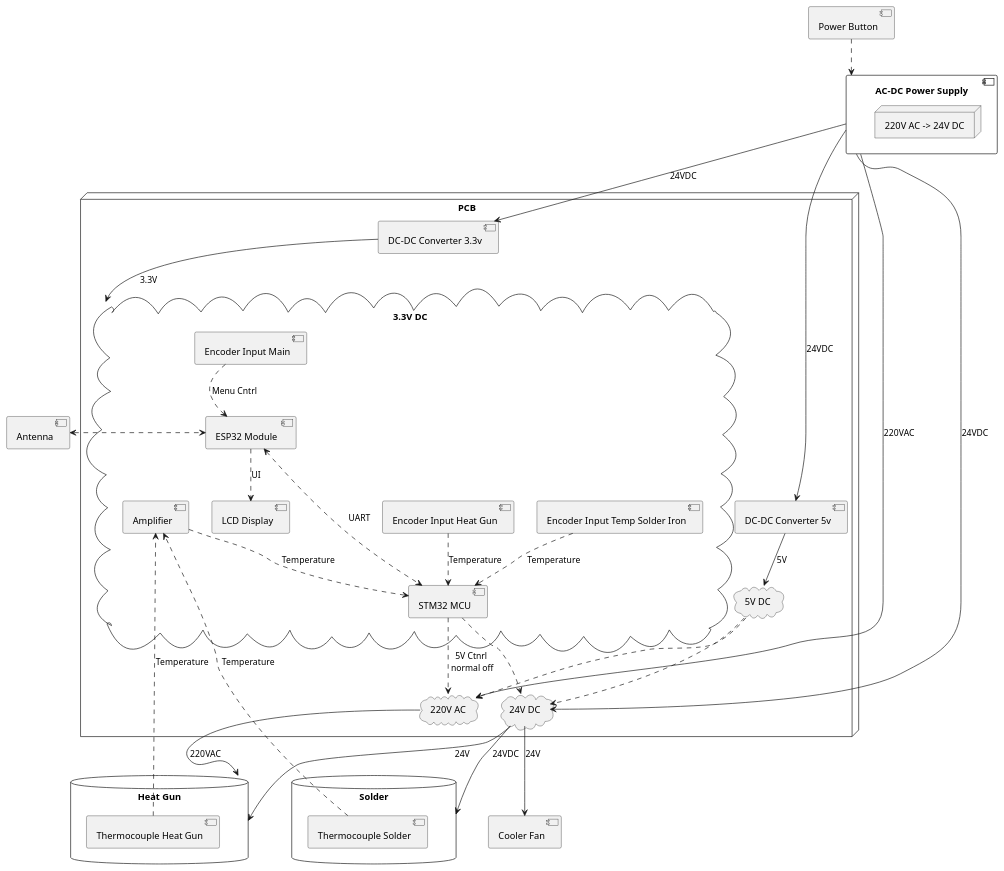
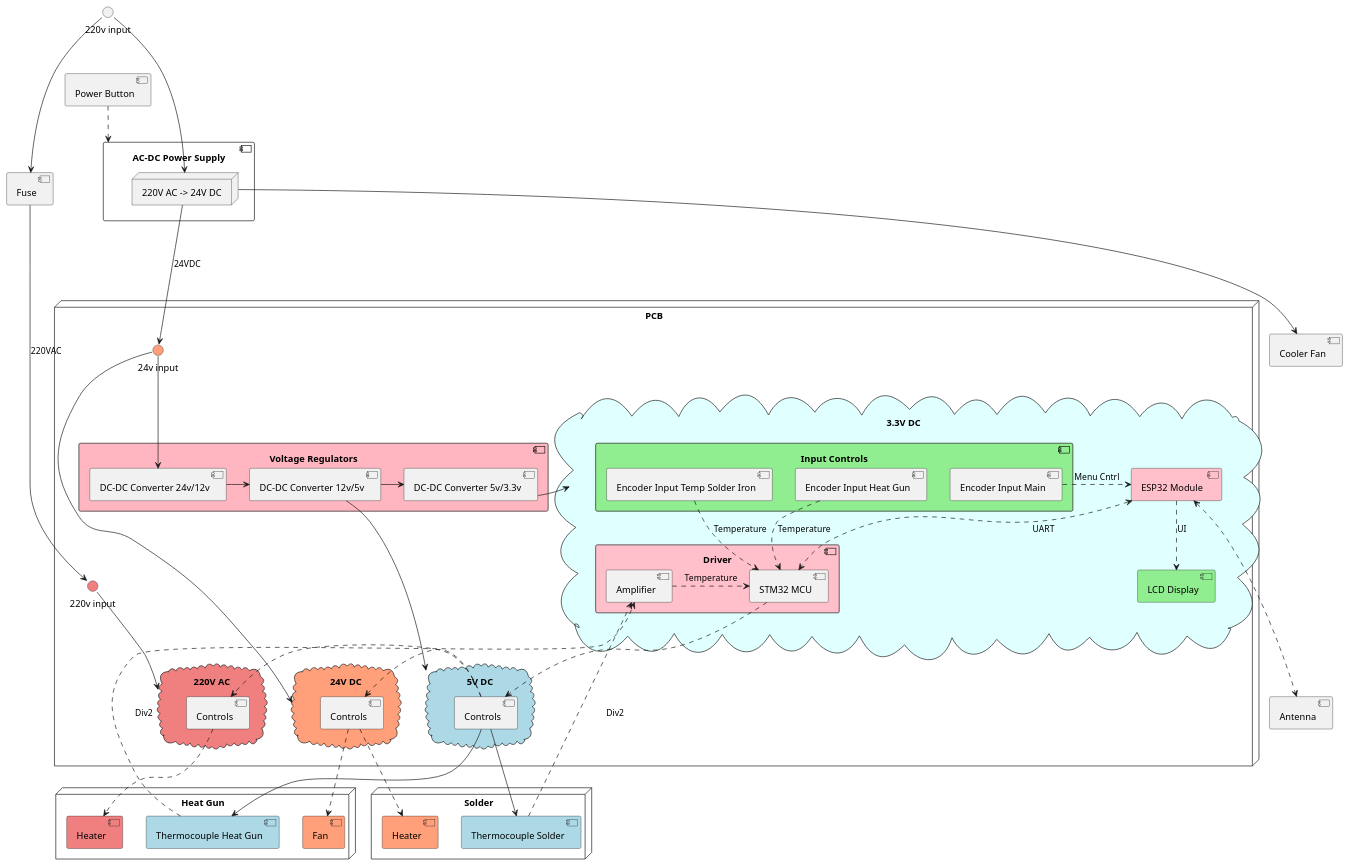
The diagram in doc/device_structure.puml (keyfour/Phixilab-Soldering-Station), drawn with PlantUML before and after one commit. The commit also changed 2 other files, not shown here.

```diff
--- a/doc/device_structure.puml
+++ b/doc/device_structure.puml
@@ -1,69 +1,110 @@
 @startuml
 
 component "AC-DC Power Supply" as power {
-    node "220V AC -> 24V DC"
+    node "220V AC -> 24V DC" as powers
 }
+
+component "Fuse" as fuse
+
+interface "220v input" as pinput
+
+pinput ---> powers
+
 component "Cooler Fan" as cooller
 component "Antenna" as antenna
 component "Power Button" as button
 
-database "Solder" as solder {
-    component "Thermocouple Solder" as thcSolder
+node "Solder" as solder {
+    component "Thermocouple Solder" as thcSolder #LightBlue
+    component "Heater" as hSolder #LightSalmon
 }
 
-database "Heat Gun" as gun {
-    component "Thermocouple Heat Gun" as thcHeat
+node "Heat Gun" as gun {
+    component "Thermocouple Heat Gun" as thcHeat #LightBlue
+    component "Heater" as hHeat #LightCoral
+    component "Fan" as fHeat #LightSalmon
 }
 
 node "PCB" as interfaces {
-    component "DC-DC Converter 3.3v" as converter3
-    component "DC-DC Converter 5v" as converter5
 
-    cloud "3.3V DC" as lvdomain {
-        component "LCD Display" as display
-        component "ESP32 Module " as mcu
-        component "Encoder Input Temp Solder Iron" as inputTemp
-        component "Encoder Input Heat Gun" as inputHeat
-        component "Encoder Input Main" as inputMain
-        component "STM32 MCU" as driver
-        component "Amplifier" as amp
+    interface "24v input" as vinput24 #LightSalmon
+    interface "220v input" as vinput220 #LightCoral
+
+    component "Voltage Regulators" #LightPink {
+
+        component "DC-DC Converter 12v/5v" as converter5
+        component "DC-DC Converter 5v/3.3v" as converter3
+        component "DC-DC Converter 24v/12v" as converter12
+        converter12 -> converter5
+        converter5 -> converter3
     }
-    cloud "5V DC" as lvdomain2
-    cloud "220V AC" as hvdomain
-    cloud "24V DC"  as mvdomain
+
+    cloud "220V AC" as hvdomain #LightCoral  {
+        component "Controls" as hvctrls
+    }
+
+    cloud "24V DC"  as mvdomain #LightSalmon {
+        component "Controls" as mvctrls
+    }
+    cloud "5V DC" as lvdomain2 #LightBlue {
+        component "Controls" as lvctrls
+    }
+
+    cloud "3.3V DC" as lvdomain #LightCyan {
+        component "Input Controls" as controls #LightGreen {
+            component "Encoder Input Temp Solder Iron" as inputTemp
+            component "Encoder Input Heat Gun" as inputHeat
+            component "Encoder Input Main" as inputMain
+        }
+
+        component "LCD Display" as display #LightGreen
+        component "ESP32 Module " as mcu #Pink
+        component "Driver" as mcud #Pink {
+            component "STM32 MCU" as driver
+            component "Amplifier" as amp
+        }
+
+    }
+
+    lvctrls .> mvctrls
+    lvctrls .> hvctrls
+
+    amp .> driver : Temperature
+
+    mcu ..> display : UI
+
+    inputMain .> mcu : Menu Cntrl
+    inputTemp .> driver : Temperature
+    inputHeat .> driver : Temperature
+
+    mcu <..> driver : UART
+
+    converter5 -> lvdomain2
+    converter3 -> lvdomain
+
+    vinput220 --> hvdomain
+    vinput24 --> mvdomain
+    vinput24 --> converter12
+
+    driver ..> lvctrls
+    mvctrls ..> hSolder
+    mvctrls ..> fHeat
+    hvctrls ..> hHeat
 }
 
-power --> converter3 : 24VDC
-power --> converter5 : 24VDC
-power --> hvdomain : 220VAC
-power --> mvdomain : 24VDC
-converter3 --> lvdomain : 3.3V
-converter5 --> lvdomain2 : 5V
-mvdomain --> cooller : 24V
-mvdomain -down-> solder : 24VDC   
-hvdomain -down-> gun : 220VAC
-mvdomain --> gun : 24V
+powers ---> vinput24 : 24VDC
+powers ---> cooller
+pinput ---> fuse
+fuse ---> vinput220 : 220VAC
 
-thcSolder ..> amp : Temperature
-thcHeat ..> amp : Temperature
-amp ..> driver : Temperature
+thcSolder ..> amp : Div2
+thcHeat ..> amp : Div2
 
-mcu ..> display : UI
+lvctrls ---> thcHeat
+lvctrls ---> thcSolder
 
-inputMain ..> mcu : Menu Cntrl
-inputTemp ..> driver : Temperature
-inputHeat ..> driver : Temperature
-
-mcu <...> driver : UART
-
-driver ..> hvdomain : 5V Ctnrl\n normal off
-driver ..> mvdomain
-
-lvdomain2 ..> hvdomain
-lvdomain2 ..>mvdomain
-
-mcu <.left.> antenna
+mcu <...> antenna
 
 button ..> power
 
 @enduml
```
